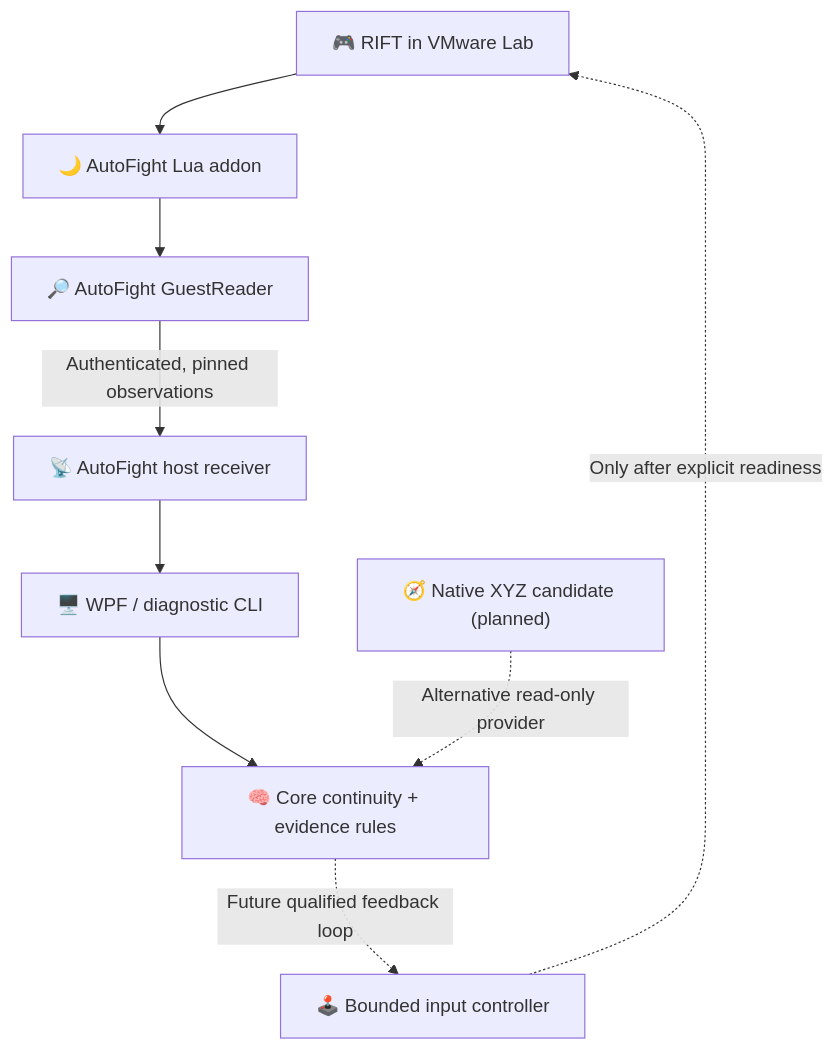
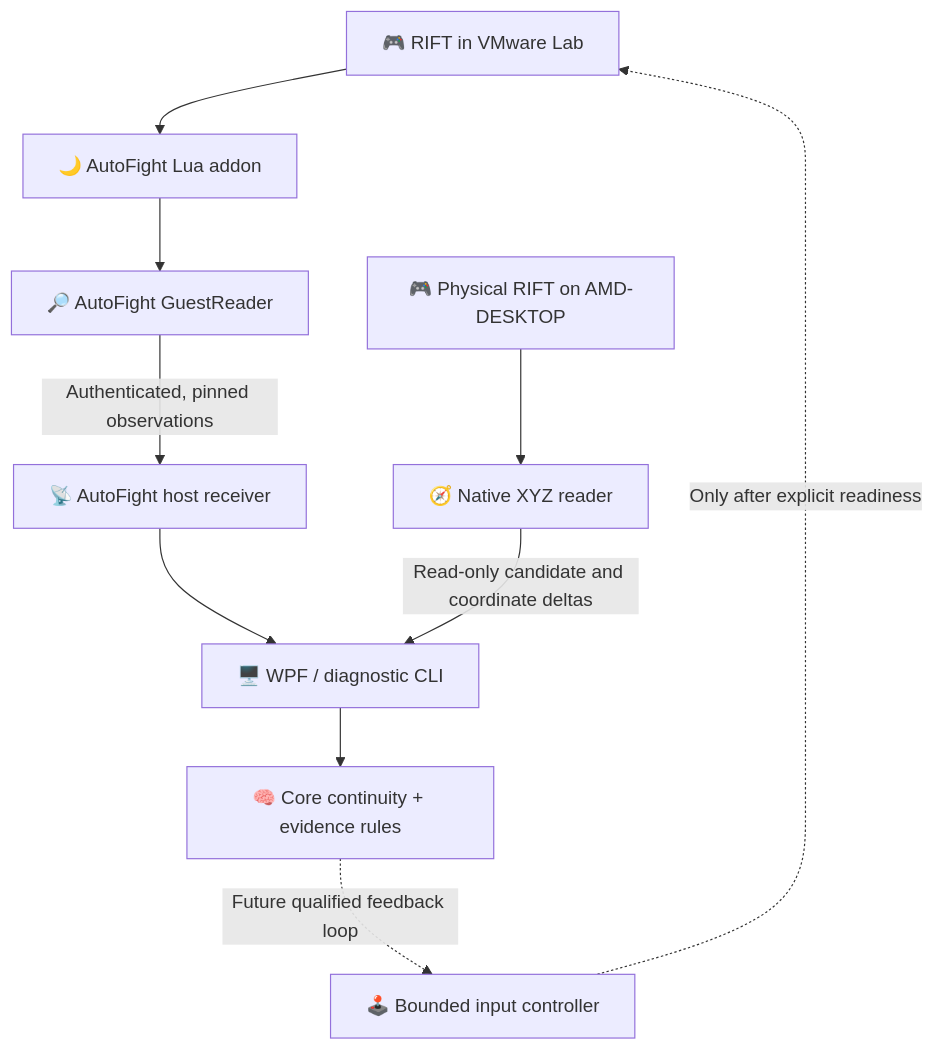
Before and after one commit to 360madden/AutoFight: the diagram in README.md, drawn with Mermaid. The commit also changed other lines of this file and 12 other files, not shown here.

Commit message:
feat: track physical RIFT XYZ continuity in live desktop observer

````diff
--- a/README.md
+++ b/README.md
@@ -59,11 +61,12 @@
 ```mermaid
 flowchart TD
     G["🎮 RIFT in VMware Lab"] --> L["🌙 AutoFight Lua addon"]
     L --> R["🔎 AutoFight GuestReader"]
     R -->|"Authenticated, pinned observations"| H["📡 AutoFight host receiver"]
     H --> V["🖥️ WPF / diagnostic CLI"]
     V --> C["🧠 Core continuity + evidence rules"]
     C -. "Future qualified feedback loop" .-> A["🕹️ Bounded input controller"]
     A -. "Only after explicit readiness" .-> G
-    N["🧭 Native XYZ candidate (planned)"] -. "Alternative read-only provider" .-> C
+    P["🎮 Physical RIFT on AMD-DESKTOP"] --> N["🧭 Native XYZ reader"]
+    N -->|"Read-only candidate and coordinate deltas"| V
 ```
````
